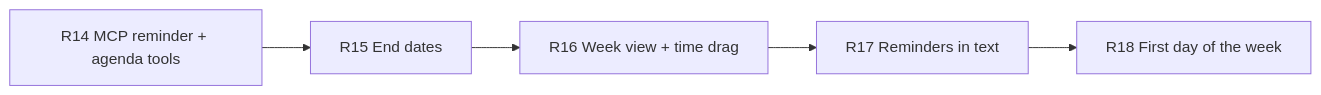
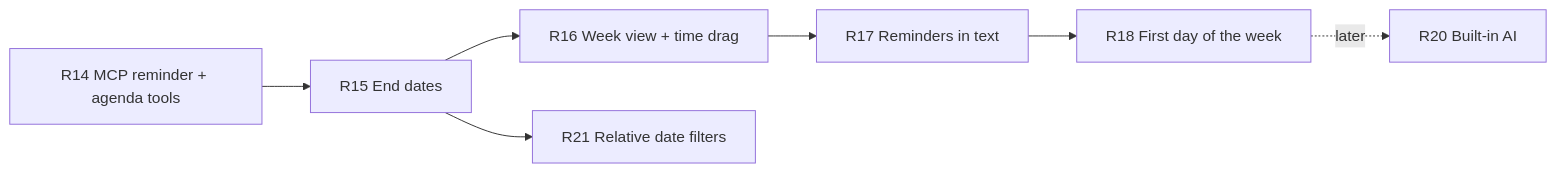
The diagram in Projects/Peeka/schedule-notifications-vs-appflowy.md (MensahPrince/Peeka-Notes), drawn with Mermaid before and after one commit. The commit also changed other lines of this file and 18 other files, not shown here.

````diff
--- a/Projects/Peeka/schedule-notifications-vs-appflowy.md
+++ b/Projects/Peeka/schedule-notifications-vs-appflowy.md
@@ -85,7 +85,9 @@
 ```mermaid
 flowchart LR
   R14[R14 MCP reminder + agenda tools] --> R15[R15 End dates]
   R15 --> R16[R16 Week view + time drag]
   R16 --> R17[R17 Reminders in text]
+  R15 --> R21[R21 Relative date filters]
   R17 --> R18[R18 First day of the week]
+  R18 -.later.-> R20[R20 Built-in AI]
 ```
````
